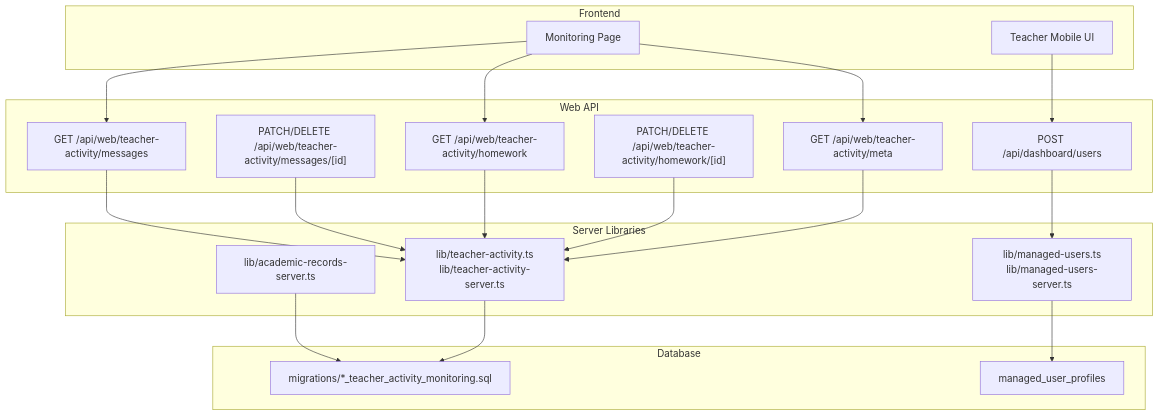
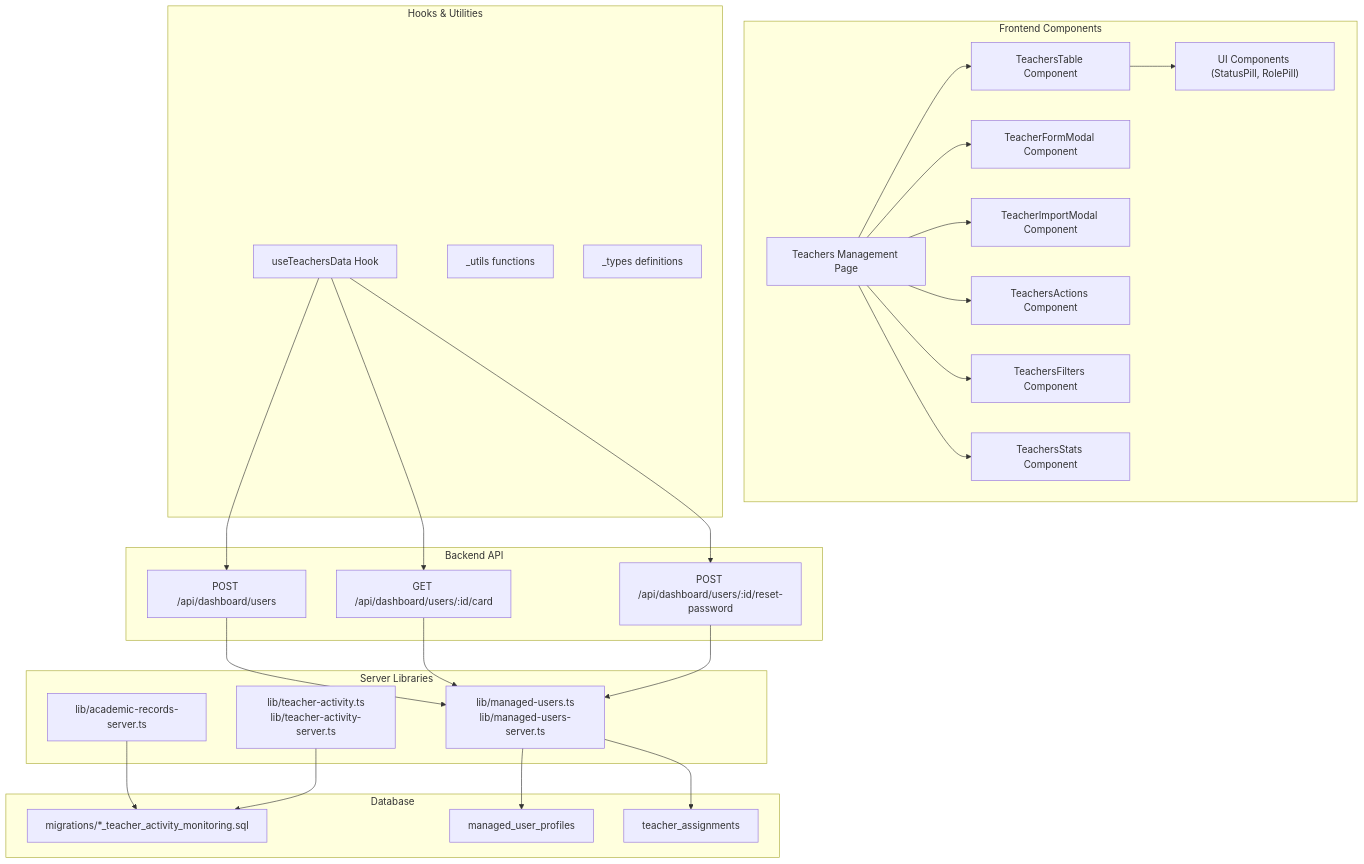
Before and after one commit to mustafaalkusaj/appschoolmustafa2002: the first of 10 diagrams in .qoder/repowiki/en/content/Teacher Management/Teacher Management.md, drawn with Mermaid. The commit also changed other lines of this file and 8 other files, not shown here.

````diff
--- a/.qoder/repowiki/en/content/Teacher Management/Teacher Management.md
+++ b/.qoder/repowiki/en/content/Teacher Management/Teacher Management.md
@@ -45,37 +66,50 @@
 ```mermaid
 graph TB
-subgraph "Frontend"
-UI_Monitoring["Monitoring Page"]
-UI_Teacher["Teacher Mobile UI"]
+subgraph "Frontend Components"
+UI_TeachersPage["Teachers Management Page"]
+UI_TeachersTable["TeachersTable Component"]
+UI_TeacherForm["TeacherFormModal Component"]
+UI_TeacherImport["TeacherImportModal Component"]
+UI_TeachersActions["TeachersActions Component"]
+UI_TeachersFilters["TeachersFilters Component"]
+UI_TeachersStats["TeachersStats Component"]
+UI_UI["UI Components (StatusPill, RolePill)"]
 end
-subgraph "Web API"
-API_Meta["GET /api/web/teacher-activity/meta"]
-API_Msg_List["GET /api/web/teacher-activity/messages"]
-API_Msg_Item["PATCH/DELETE /api/web/teacher-activity/messages/[id]"]
-API_HW_List["GET /api/web/teacher-activity/homework"]
-API_HW_Item["PATCH/DELETE /api/web/teacher-activity/homework/[id]"]
-API_Dashboard_Users["POST /api/dashboard/users"]
+subgraph "Hooks & Utilities"
+Hook_TeachersData["useTeachersData Hook"]
+Utils_Teachers["_utils functions"]
+Types_Teachers["_types definitions"]
+end
+subgraph "Backend API"
+API_DashboardUsers["POST /api/dashboard/users"]
+API_UserCard["GET /api/dashboard/users/:id/card"]
+API_ResetPassword["POST /api/dashboard/users/:id/reset-password"]
 end
 subgraph "Server Libraries"
 L_ManagedUsers["lib/managed-users.ts<br/>lib/managed-users-server.ts"]
 L_Academic["lib/academic-records-server.ts"]
 L_Activity["lib/teacher-activity.ts<br/>lib/teacher-activity-server.ts"]
 end
 subgraph "Database"
 DB_Schema["migrations/*_teacher_activity_monitoring.sql"]
 DB_ManagedProfiles["managed_user_profiles"]
+DB_TeacherAssignments["teacher_assignments"]
 end
-UI_Monitoring --> API_Meta
-UI_Monitoring --> API_Msg_List
-UI_Monitoring --> API_HW_List
-UI_Teacher --> API_Dashboard_Users
-API_Msg_List --> L_Activity
-API_Msg_Item --> L_Activity
-API_HW_List --> L_Activity
-API_HW_Item --> L_Activity
-API_Meta --> L_Activity
-API_Dashboard_Users --> L_ManagedUsers
+UI_TeachersPage --> UI_TeachersTable
+UI_TeachersPage --> UI_TeacherForm
+UI_TeachersPage --> UI_TeacherImport
+UI_TeachersPage --> UI_TeachersActions
+UI_TeachersPage --> UI_TeachersFilters
+UI_TeachersPage --> UI_TeachersStats
+UI_TeachersTable --> UI_UI
+Hook_TeachersData --> API_DashboardUsers
+Hook_TeachersData --> API_UserCard
+Hook_TeachersData --> API_ResetPassword
+API_DashboardUsers --> L_ManagedUsers
+API_UserCard --> L_ManagedUsers
+API_ResetPassword --> L_ManagedUsers
 L_ManagedUsers --> DB_ManagedProfiles
+L_ManagedUsers --> DB_TeacherAssignments
 L_Academic --> DB_Schema
 L_Activity --> DB_Schema
 ```
````
